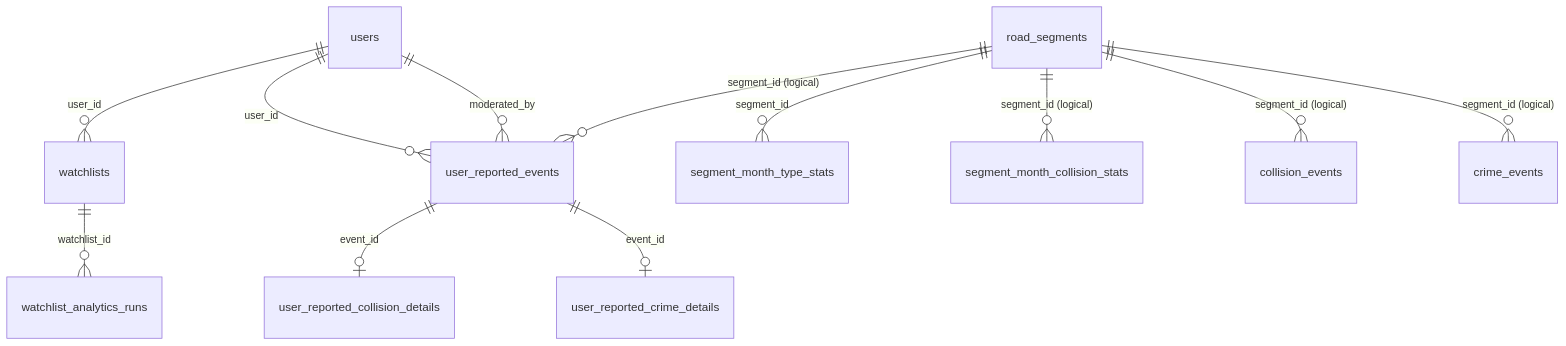
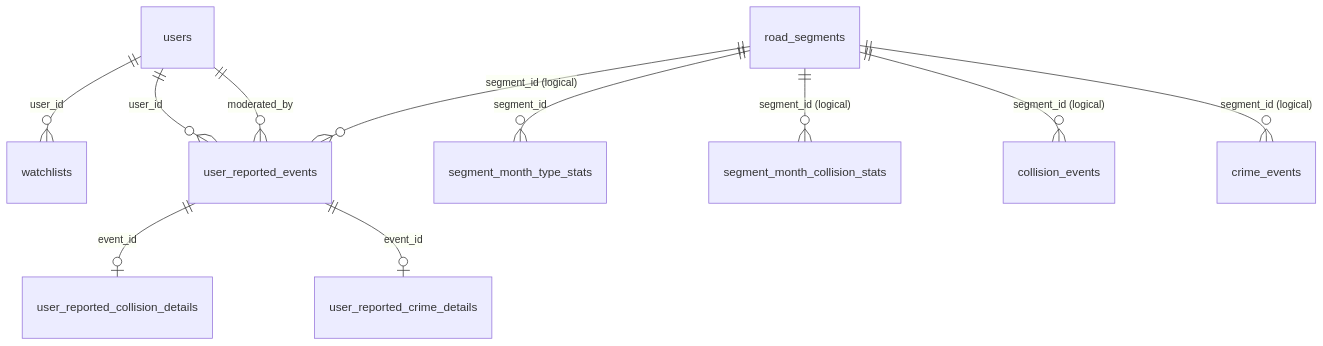
Before and after one commit to AdilAabideen/UrbanSafetyAnalyticsAPI: the diagram in docs/public-data-description.md, drawn with Mermaid. The commit also changed other lines of this file and 6 other files, not shown here.

````diff
--- a/docs/public-data-description.md
+++ b/docs/public-data-description.md
@@ -29,17 +28,15 @@
 ```mermaid
 erDiagram
     users ||--o{ watchlists : "user_id"
     users ||--o{ user_reported_events : "user_id"
     users ||--o{ user_reported_events : "moderated_by"
-
-    watchlists ||--o{ watchlist_analytics_runs : "watchlist_id"
 
     user_reported_events ||--o| user_reported_collision_details : "event_id"
     user_reported_events ||--o| user_reported_crime_details : "event_id"
 
     road_segments ||--o{ segment_month_type_stats : "segment_id"
     road_segments ||--o{ segment_month_collision_stats : "segment_id (logical)"
     road_segments ||--o{ collision_events : "segment_id (logical)"
     road_segments ||--o{ crime_events : "segment_id (logical)"
     road_segments ||--o{ user_reported_events : "segment_id (logical)"
 ```
````
